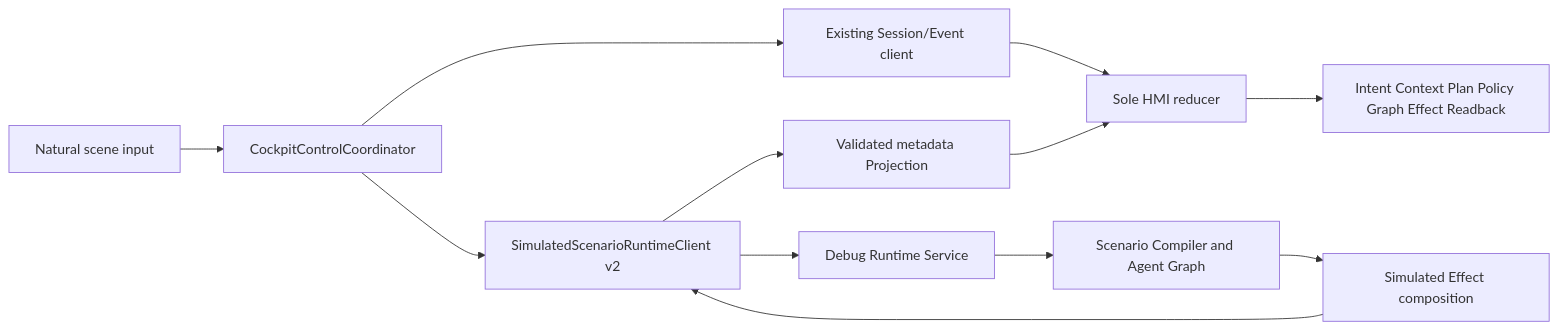
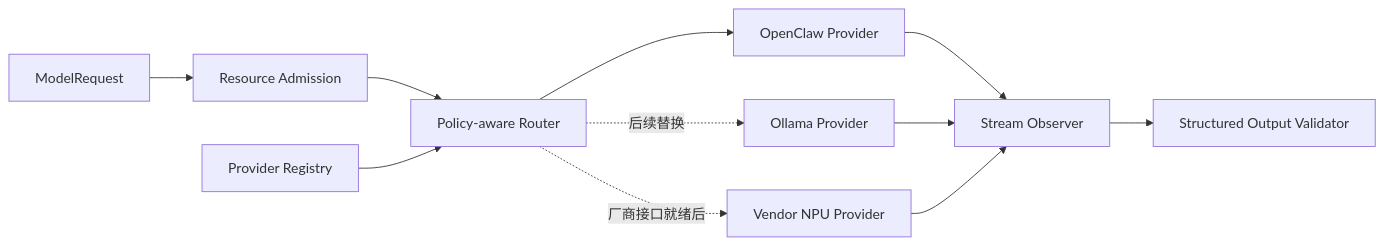
Before and after one commit to LucasWEIchen/CougarOS: the seventh of 15 diagrams in docs/CENTRAL_BRAIN_SOFTWARE_ARCHITECTURE.md, drawn with Mermaid. The commit also changed other lines of this file and 222 other files, not shown here.

````diff
--- a/docs/CENTRAL_BRAIN_SOFTWARE_ARCHITECTURE.md
+++ b/docs/CENTRAL_BRAIN_SOFTWARE_ARCHITECTURE.md
@@ -1901,14 +287,21 @@
 ```mermaid
 flowchart LR
-    U["Natural scene input"] --> C["CockpitControlCoordinator"]
-    C --> S["Existing Session/Event client"]
-    C --> B["SimulatedScenarioRuntimeClient v2"]
-    B --> R["Debug Runtime Service"]
-    R --> G["Scenario Compiler and Agent Graph"]
-    G --> E["Simulated Effect composition"]
-    E --> B
-    B --> V["Validated metadata Projection"]
-    S --> D["Sole HMI reducer"]
-    V --> D
-    D --> T["Intent Context Plan Policy Graph Effect Readback"]
+    Request["ModelRequest"]
+    Admission["Resource Admission"]
+    Registry["Provider Registry"]
+    Router["Policy-aware Router"]
+    OpenClaw["OpenClaw Provider"]
+    Ollama["Ollama Provider"]
+    Vendor["Vendor NPU Provider"]
+    Stream["Stream Observer"]
+    Validate["Structured Output Validator"]
+
+    Request --> Admission --> Router
+    Registry --> Router
+    Router --> OpenClaw
+    Router -. "后续替换" .-> Ollama
+    Router -. "厂商接口就绪后" .-> Vendor
+    OpenClaw --> Stream --> Validate
+    Ollama --> Stream
+    Vendor --> Stream
 ```
````
